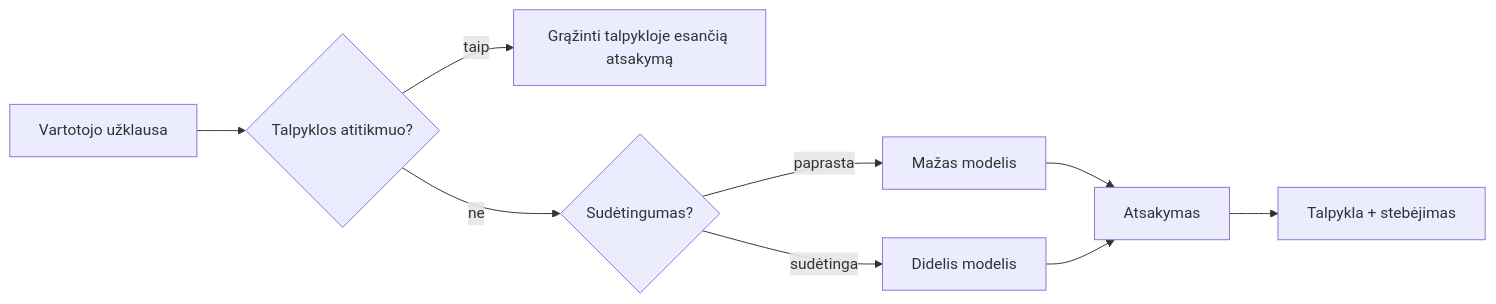
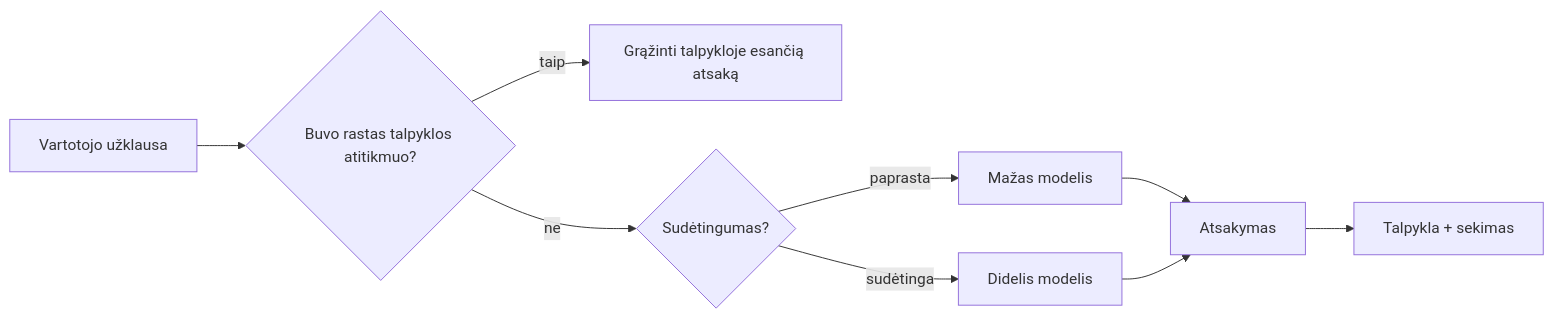
One commit to gabrielmoreira/agent-skills-mirror changed the third of 4 diagrams in mirrors/repos/microsoft@ai-agents-for-beginners/translations/lt/16-deploying-scalable-agents/README.md. Above: the diagram before and after it, drawn with Mermaid. The commit also changed other lines of this file and 3581 other files, not shown here.

````diff
--- a/mirrors/repos/microsoft@ai-agents-for-beginners/translations/lt/16-deploying-scalable-agents/README.md
+++ b/mirrors/repos/microsoft@ai-agents-for-beginners/translations/lt/16-deploying-scalable-agents/README.md
@@ -134,11 +134,11 @@
 ```mermaid
 flowchart LR
-    Q[Vartotojo užklausa] --> C{Talpyklos atitikmuo?}
-    C -->|taip| R[Grąžinti talpykloje esančią atsakymą]
+    Q[Vartotojo užklausa] --> C{Buvo rastas talpyklos atitikmuo?}
+    C -->|taip| R[Grąžinti talpykloje esančią atsaką]
     C -->|ne| Router{Sudėtingumas?}
     Router -->|paprasta| SLM[Mažas modelis]
     Router -->|sudėtinga| LLM[Didelis modelis]
     SLM --> Out[Atsakymas]
     LLM --> Out
-    Out --> Store[Talpykla + stebėjimas]
+    Out --> Store[Talpykla + sekimas]
 ```
````
